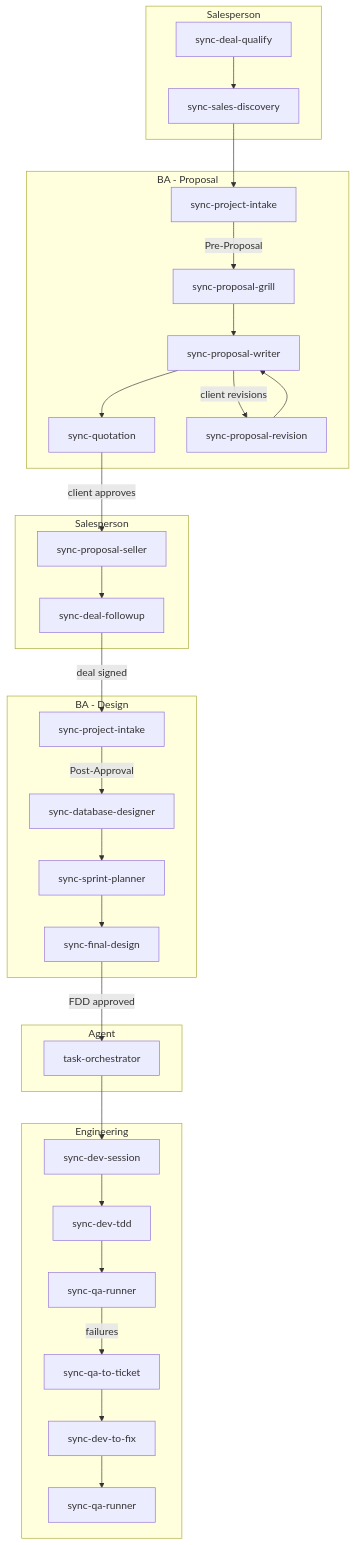
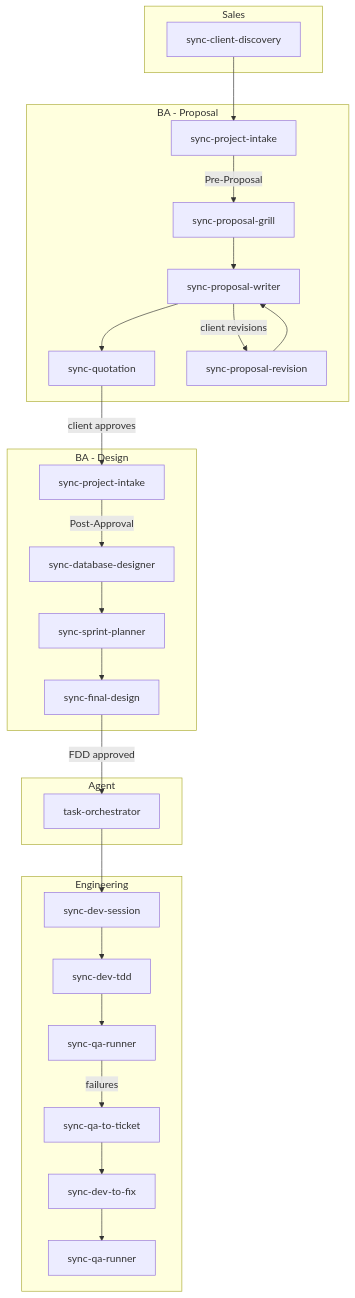
One commit to pbdevrepo/syntactics-skills changed the diagram in README.md. Above: the diagram before and after it, drawn with Mermaid. The commit also changed other lines of this file and 11 other files, not shown here.

Commit message:
feat(skills): remove salesperson-workflow; entry point is now sync-client-discovery

````diff
--- a/README.md
+++ b/README.md
@@ -185,42 +174,37 @@
 ```mermaid
 flowchart TD
-    subgraph SP1[Salesperson]
-        A[sync-deal-qualify] --> B[sync-sales-discovery]
+    subgraph Sales[Sales]
+        A[sync-client-discovery]
     end
 
     subgraph BA[BA - Proposal]
         J[sync-project-intake] -->|Pre-Proposal| D[sync-proposal-grill]
         D --> E[sync-proposal-writer]
         E --> F[sync-quotation]
         E -->|client revisions| G[sync-proposal-revision]
         G --> E
-    end
-
-    subgraph SP2[Salesperson]
-        H[sync-proposal-seller] --> I[sync-deal-followup]
     end
 
     subgraph BA2[BA - Design]
         J2[sync-project-intake] -->|Post-Approval| K[sync-database-designer]
         K --> L[sync-sprint-planner]
         L --> M[sync-final-design]
     end
 
     subgraph Agent[Agent]
         N[task-orchestrator]
     end
 
     subgraph ENG[Engineering]
         R[sync-dev-session] --> S[sync-dev-tdd]
         S --> U[sync-qa-runner]
         U -->|failures| V[sync-qa-to-ticket]
         V --> W[sync-dev-to-fix]
         W --> X[sync-qa-runner]
     end
 
-    B --> J
-    F -->|client approves| H
-    I -->|deal signed| J2
+    A --> J
+    F -->|client approves| J2
     M -->|FDD approved| N
     N --> R
 ```
````
